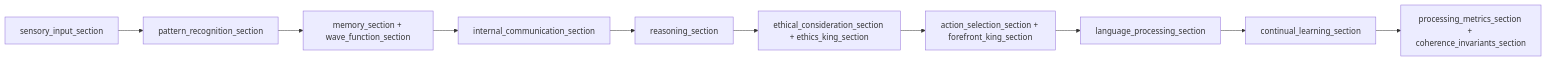
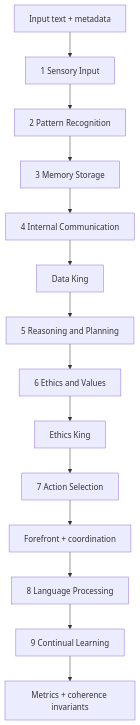
Before and after one commit to Captainkoopa42/Verdant-Minds: the second of 5 diagrams in docs/architecture.md, drawn with Mermaid. The commit also changed other lines of this file and 15 other files, not shown here.

Commit message:
Document Verdant-V0 architecture and workflows

````diff
--- a/docs/architecture.md
+++ b/docs/architecture.md
@@ -154,12 +35,16 @@
 ```mermaid
-graph LR
-    S[sensory_input_section] --> P[pattern_recognition_section]
-    P --> M[memory_section + wave_function_section]
-    M --> I[internal_communication_section]
-    I --> R[reasoning_section]
-    R --> E[ethical_consideration_section + ethics_king_section]
-    E --> A[action_selection_section + forefront_king_section]
-    A --> L[language_processing_section]
-    L --> CL[continual_learning_section]
-    CL --> PM[processing_metrics_section + coherence_invariants_section]
+flowchart TB
+    Input["Input text + metadata"] --> S["1 Sensory Input"]
+    S --> P["2 Pattern Recognition"]
+    P --> M["3 Memory Storage"]
+    M --> I["4 Internal Communication"]
+    I --> D["Data King"]
+    D --> R["5 Reasoning and Planning"]
+    R --> E["6 Ethics and Values"]
+    E --> EK["Ethics King"]
+    EK --> A["7 Action Selection"]
+    A --> F["Forefront + coordination"]
+    F --> L["8 Language Processing"]
+    L --> C["9 Continual Learning"]
+    C --> Metrics["Metrics + coherence invariants"]
 ```
````
